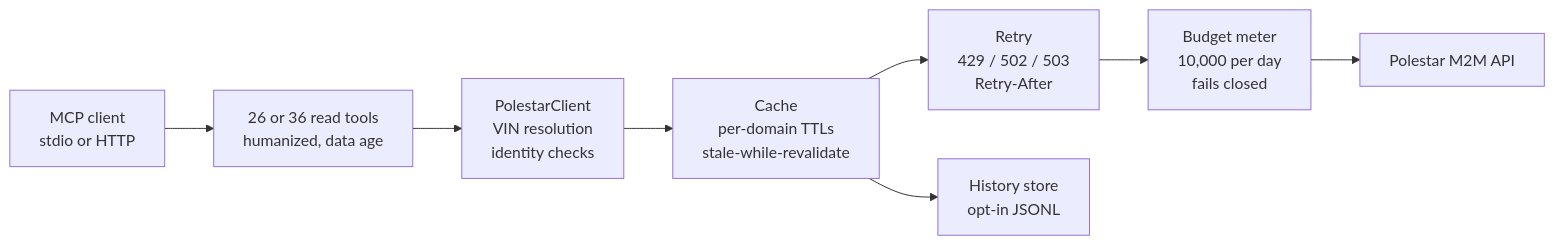
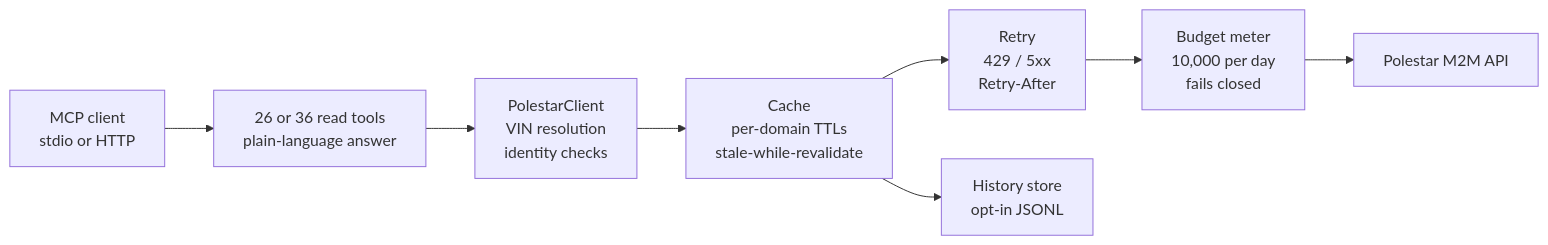
Before and after one commit to NicolasKheirallah/polestar-mcp: the diagram in README.md, drawn with Mermaid. The commit also changed other lines of this file, not shown here.

````diff
--- a/README.md
+++ b/README.md
@@ -199,10 +343,10 @@
 ```mermaid
 flowchart LR
-    C["MCP client<br/>stdio or HTTP"] --> T["26 or 36 read tools<br/>humanized, data age"]
+    C["MCP client<br/>stdio or HTTP"] --> T["26 or 36 read tools<br/>plain-language answer"]
     T --> K["PolestarClient<br/>VIN resolution<br/>identity checks"]
     K --> H["Cache<br/>per-domain TTLs<br/>stale-while-revalidate"]
-    H --> R["Retry<br/>429 / 502 / 503<br/>Retry-After"]
+    H --> R["Retry<br/>429 / 5xx<br/>Retry-After"]
     R --> B["Budget meter<br/>10,000 per day<br/>fails closed"]
     B --> P["Polestar M2M API"]
     H --> S["History store<br/>opt-in JSONL"]
 ```
````
